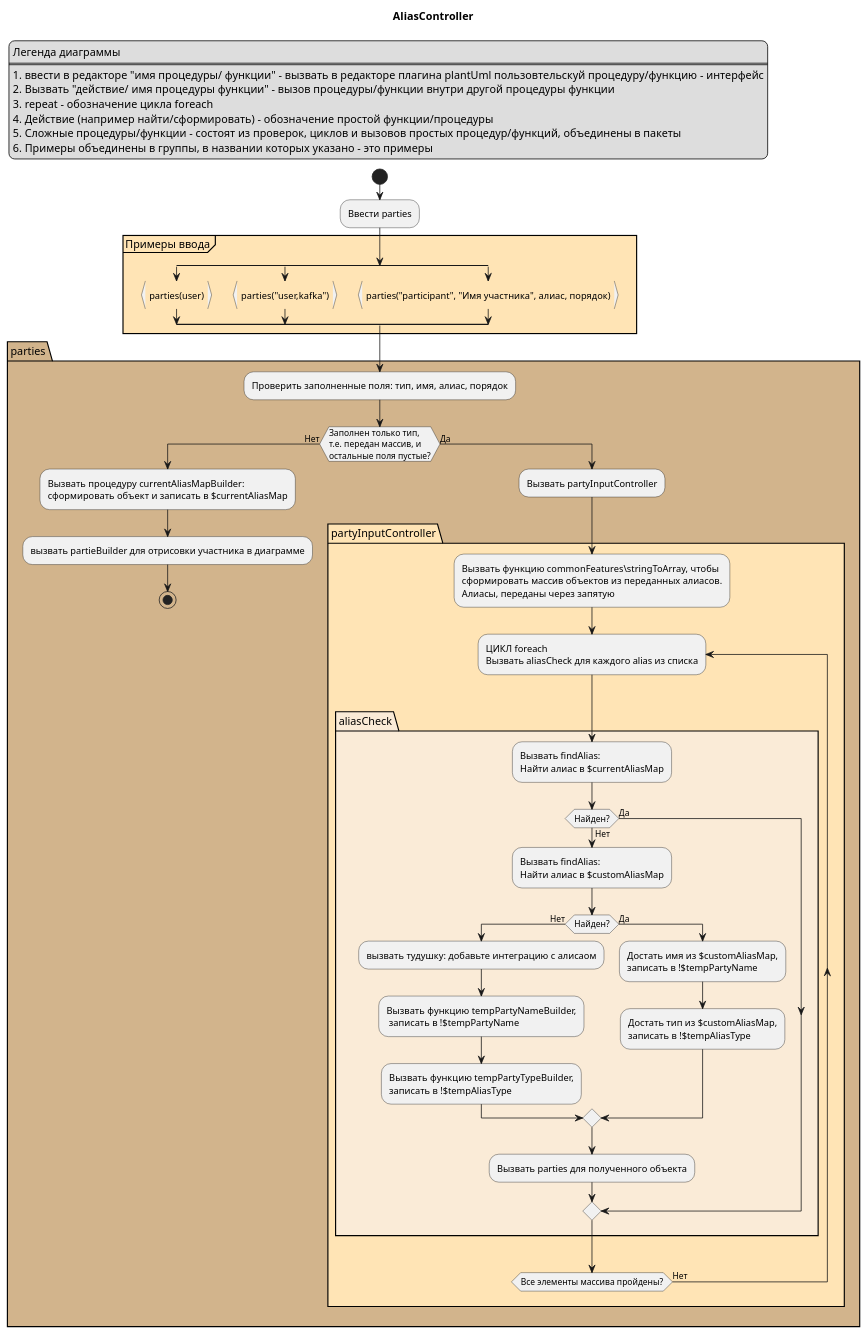
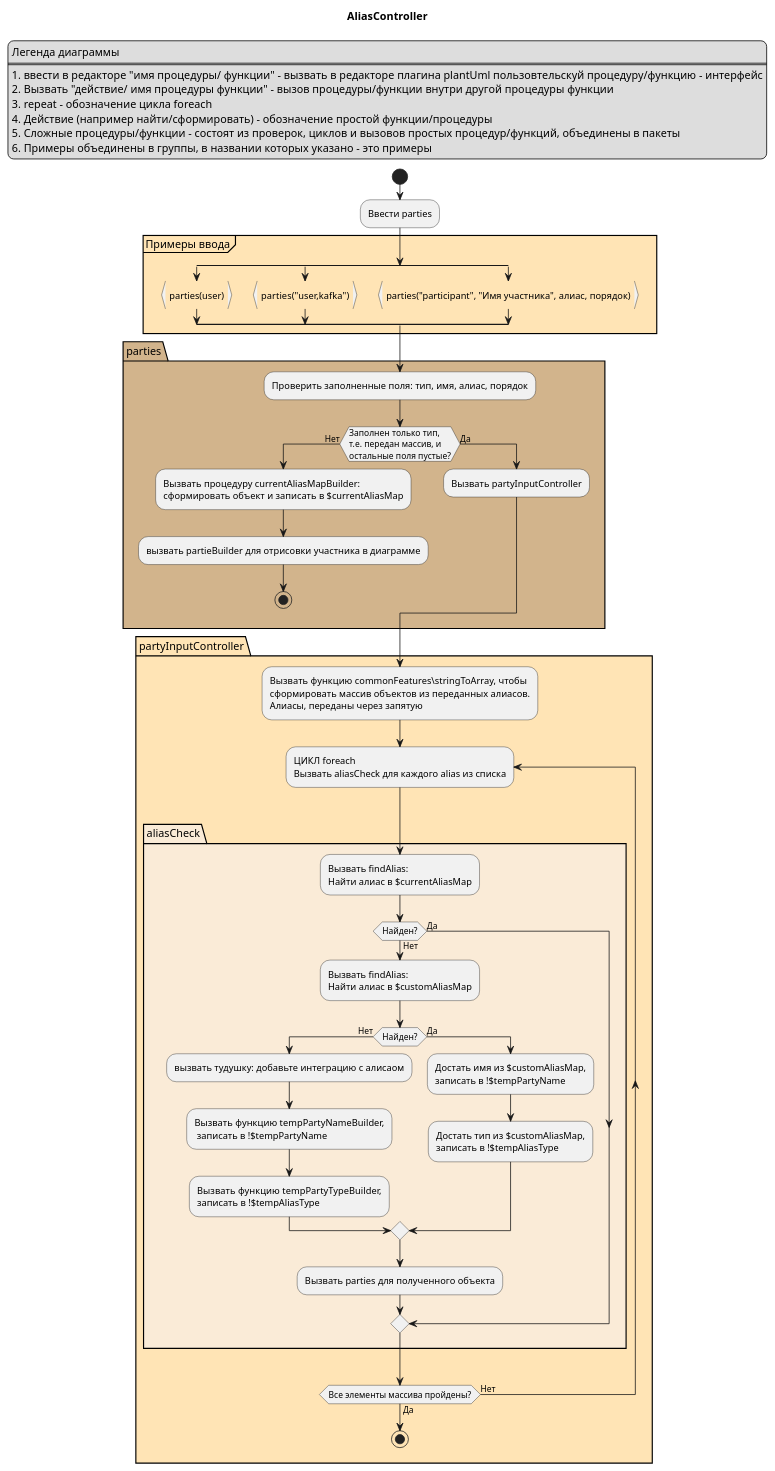
Before and after one commit to leraRadicovich/PlantUML_SequenceLib: the diagram in SequenceLib/Documentation/logic/partiesLogicActivity.puml, drawn with PlantUML.

Commit message:
Зафиксировал на активити логику работы с участниками

```diff
--- a/SequenceLib/Documentation/logic/partiesLogicActivity.puml
+++ b/SequenceLib/Documentation/logic/partiesLogicActivity.puml
@@ -1,65 +1,68 @@
 @startuml
 title "AliasController"
 legend top left
 Легенда диаграммы
 ====
 1. ввести в редакторе "имя процедуры/ функции" - вызвать в редакторе плагина plantUml пользовтельскуй процедуру/функцию - интерфейс
 2. Вызвать "действие/ имя процедуры функции" - вызов процедуры/функции внутри другой процедуры функции
 3. repeat - обозначение цикла foreach
 4. Действие (например найти/сформировать) - обозначение простой функции/процедуры
 5. Сложные процедуры/функции - состоят из проверок, циклов и вызовов простых процедур/функций, объединены в пакеты
 6. Примеры объединены в группы, в названии которых указано - это примеры
 end legend
 
 start
 :Ввести parties;
 group Примеры ввода #moccasin
     split
     :parties(user)}
     split again
     :parties("user,kafka")}
     split again
     :parties("participant", "Имя участника", алиас, порядок)}
     end split
 end group
+
 package parties #tan
-:Проверить заполненные поля: тип, имя, алиас, порядок;
-if (Заполнен только тип,\nт.е. передан массив, и\nостальные поля пустые?) then (Нет)
-    :Вызвать процедуру currentAliasMapBuilder:
-    сформировать объект и записать в $currentAliasMap;
-    :вызвать partieBuilder для отрисовки участника в диаграмме;
-    stop
-else (Да)
-    :Вызвать partyInputController;
-    package partyInputController #moccasin
+    :Проверить заполненные поля: тип, имя, алиас, порядок;
+    if (Заполнен только тип,\nт.е. передан массив, и\nостальные поля пустые?) then (Нет)
+        :Вызвать процедуру currentAliasMapBuilder:
+        сформировать объект и записать в $currentAliasMap;
+        :вызвать partieBuilder для отрисовки участника в диаграмме;
+        stop
+    else (Да)
+        :Вызвать partyInputController;
+    endif
+end group
+
+package partyInputController #moccasin
     :Вызвать функцию commonFeatures\stringToArray, чтобы
     сформировать массив объектов из переданных алиасов.
     Алиасы, переданы через запятую;
     repeat:ЦИКЛ foreach\nВызвать aliasCheck для каждого alias из списка;
-    package aliasCheck #antiquewhite
-    :Вызвать findAlias:
-    Найти алиас в $currentAliasMap;
-    if(Найден?) then(Нет)
-        :Вызвать findAlias:
-        Найти алиас в $customAliasMap;
-        if(Найден?) then(Нет)
-            :вызвать тудушку: добавьте интеграцию с алисаом;
-            :Вызвать функцию tempPartyNameBuilder,
-             записать в !$tempPartyName;
-            :Вызвать функцию tempPartyTypeBuilder,
-            записать в !$tempAliasType;
-        else(Да)
-            :Достать имя из $customAliasMap,
-            записать в !$tempPartyName;
-            :Достать тип из $customAliasMap,
-            записать в !$tempAliasType;
-        endif
-        :Вызвать parties для полученного объекта;
-    else (Да)
-    endif
-    end group
-    repeat while (Все элементы массива пройдены?) is (Нет)
-    kill
-    end group
-endif
+        package aliasCheck #antiquewhite
+            :Вызвать findAlias:
+            Найти алиас в $currentAliasMap;
+            if(Найден?) then(Нет)
+                :Вызвать findAlias:
+                Найти алиас в $customAliasMap;
+                if(Найден?) then(Нет)
+                    :вызвать тудушку: добавьте интеграцию с алисаом;
+                    :Вызвать функцию tempPartyNameBuilder,
+                     записать в !$tempPartyName;
+                    :Вызвать функцию tempPartyTypeBuilder,
+                    записать в !$tempAliasType;
+                else(Да)
+                    :Достать имя из $customAliasMap,
+                    записать в !$tempPartyName;
+                    :Достать тип из $customAliasMap,
+                    записать в !$tempAliasType;
+                endif
+                :Вызвать parties для полученного объекта;
+            else (Да)
+            endif
+        end group
+    repeat while (Все элементы массива пройдены?) is (Нет) not (Да)
+    stop
+end group
 @enduml
```
